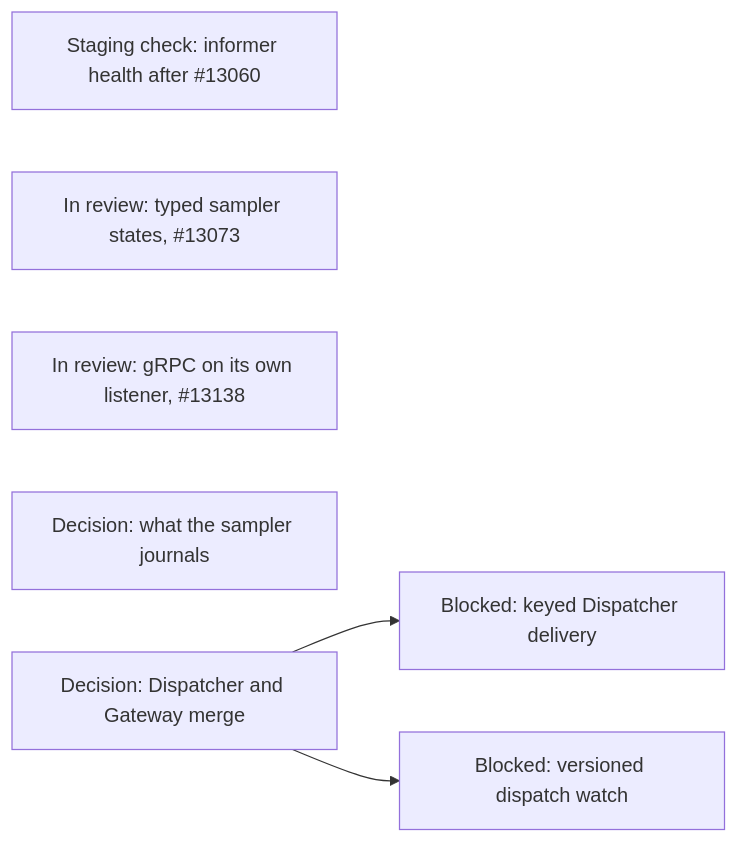
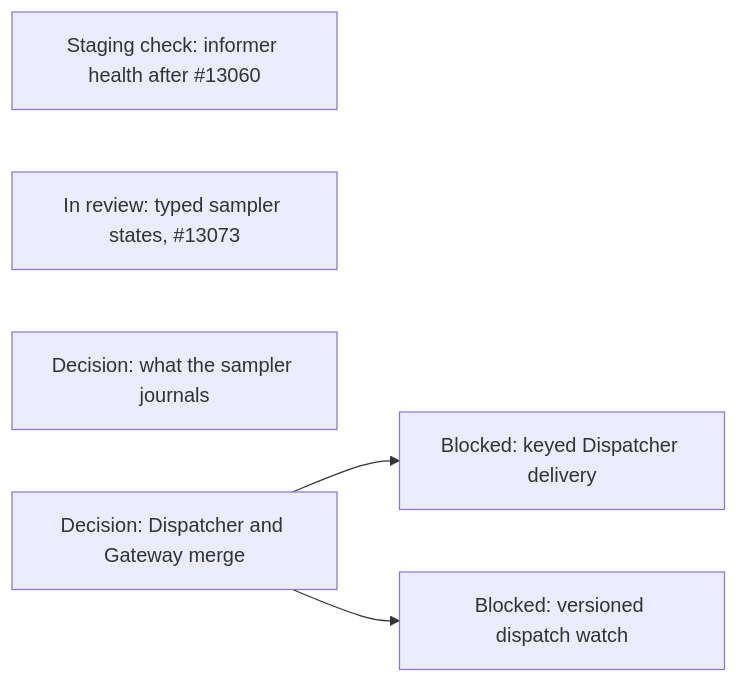
Before and after one commit to agentydragon/ducktape: diagram 18 of 18 in agentplane/plans/task_dag.md, drawn with Mermaid. The commit also changed other lines of this file and 70 other files, not shown here.

First line of the commit message:
agentplane: serve gRPC on its own listener, drained by GracefulStop

````diff
--- a/agentplane/plans/task_dag.md
+++ b/agentplane/plans/task_dag.md
@@ -1869,9 +1869,8 @@
 ```mermaid
 flowchart LR
     KUBERNETES_NATIVE_WATCH_HEALTH[Staging check: informer health after #13060]
     SAMPLER_TYPED_STATE[In review: typed sampler states, #13073]
-    GRPC_NATIVE_LISTENER[In review: gRPC on its own listener, #13138]
     SAMPLER_JOURNAL_DIET[Decision: what the sampler journals]
     DISPATCHER_PERSISTENCE_MODEL_DESIGN[Decision: Dispatcher and Gateway merge] --> DISPATCHER_KEYED_DELIVERY[Blocked: keyed Dispatcher delivery]
     DISPATCHER_PERSISTENCE_MODEL_DESIGN --> DISPATCHER_WATCH_VERSIONS[Blocked: versioned dispatch watch]
 ```
````
